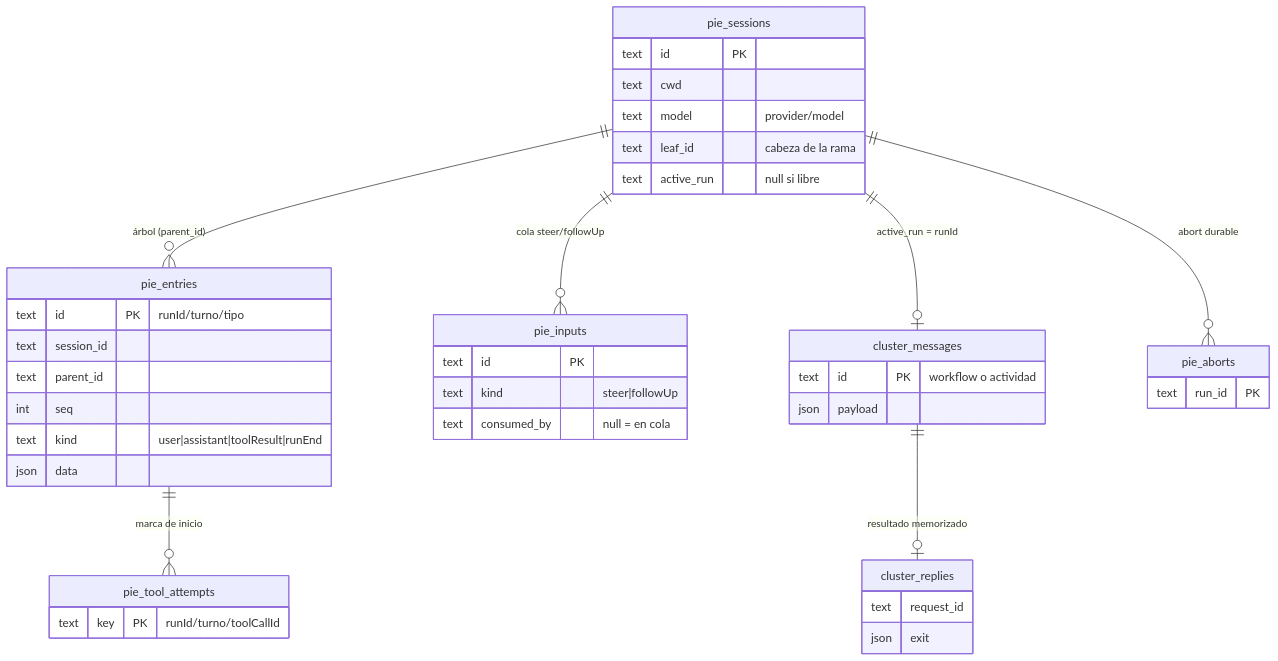
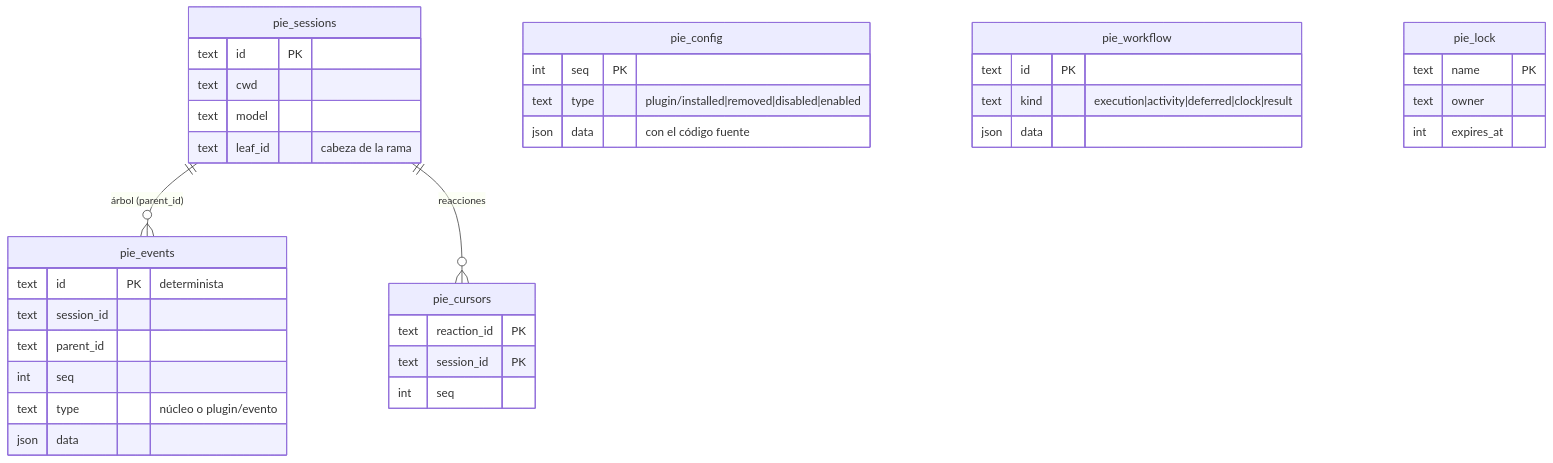
One commit to JavierDeDiegoGuzman/pie changed the diagram in docs/diagramas/persistencia.mmd. Above: the diagram before and after it, drawn with Mermaid. The commit also changed 51 other files, not shown here.

```diff
--- a/docs/diagramas/persistencia.mmd
+++ b/docs/diagramas/persistencia.mmd
@@ -1,41 +1,37 @@
 erDiagram
-  pie_sessions ||--o{ pie_entries : "árbol (parent_id)"
-  pie_sessions ||--o{ pie_inputs : "cola steer/followUp"
-  pie_sessions ||--o| cluster_messages : "active_run = runId"
-  cluster_messages ||--o| cluster_replies : "resultado memorizado"
-  pie_entries ||--o{ pie_tool_attempts : "marca de inicio"
-  pie_sessions ||--o{ pie_aborts : "abort durable"
+  pie_sessions ||--o{ pie_events : "árbol (parent_id)"
+  pie_sessions ||--o{ pie_cursors : "reacciones"
+  pie_events {
+    text id PK "determinista"
+    text session_id
+    text parent_id
+    int seq
+    text type "núcleo o plugin/evento"
+    json data
+  }
   pie_sessions {
     text id PK
     text cwd
-    text model "provider/model"
+    text model
     text leaf_id "cabeza de la rama"
-    text active_run "null si libre"
   }
-  pie_entries {
-    text id PK "runId/turno/tipo"
-    text session_id
-    text parent_id
+  pie_config {
+    int seq PK
+    text type "plugin/installed|removed|disabled|enabled"
+    json data "con el código fuente"
+  }
+  pie_cursors {
+    text reaction_id PK
+    text session_id PK
     int seq
-    text kind "user|assistant|toolResult|runEnd"
+  }
+  pie_workflow {
+    text id PK
+    text kind "execution|activity|deferred|clock|result"
     json data
   }
-  pie_inputs {
-    text id PK
-    text kind "steer|followUp"
-    text consumed_by "null = en cola"
+  pie_lock {
+    text name PK
+    text owner
+    int expires_at
   }
-  pie_tool_attempts {
-    text key PK "runId/turno/toolCallId"
-  }
-  pie_aborts {
-    text run_id PK
-  }
-  cluster_messages {
-    text id PK "workflow o actividad"
-    json payload
-  }
-  cluster_replies {
-    text request_id
-    json exit
-  }
```
